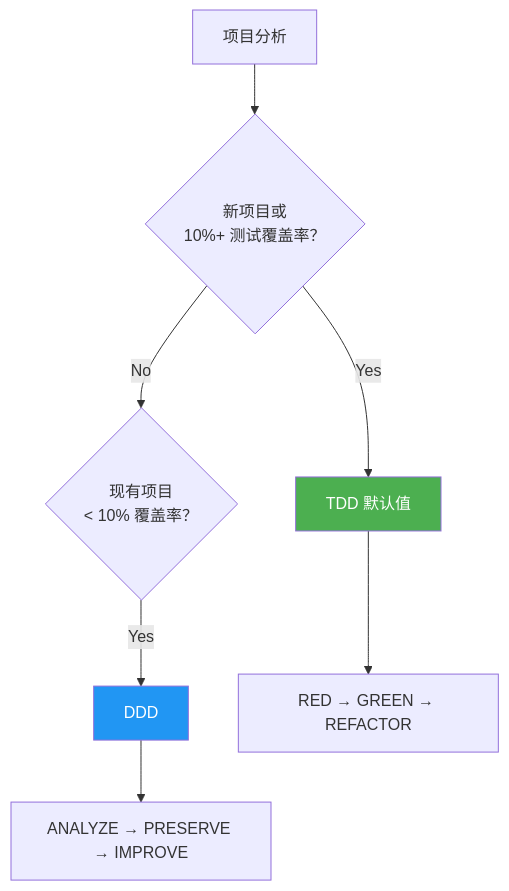
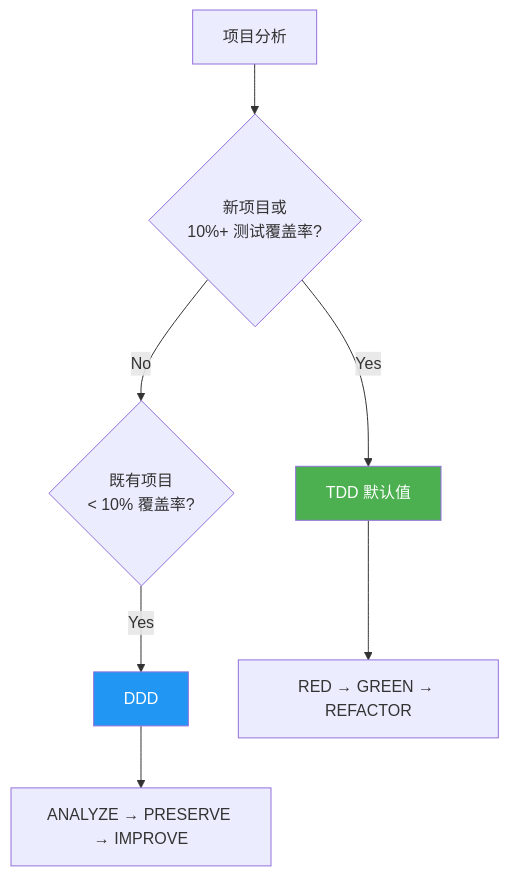
The first of 2 diagrams in docs-site/content/zh/getting-started/introduction.md (modu-ai/moai-adk), drawn with Mermaid before and after one commit. The commit also changed other lines of this file and 180 other files, not shown here.

````diff
--- a/docs-site/content/zh/getting-started/introduction.md
+++ b/docs-site/content/zh/getting-started/introduction.md
@@ -100,12 +100,12 @@
 ```mermaid
 flowchart TD
-    A["项目分析"] --> B{"新项目或<br/>10%+ 测试覆盖率？"}
+    A["项目分析"] --> B{"新项目或<br/>10%+ 测试覆盖率?"}
     B -->|"Yes"| C["TDD 默认值"]
-    B -->|"No"| D{"现有项目<br/>< 10% 覆盖率？"}
+    B -->|"No"| D{"既有项目<br/>< 10% 覆盖率?"}
     D -->|"Yes"| E["DDD"]
     C --> F["RED → GREEN → REFACTOR"]
     E --> G["ANALYZE → PRESERVE → IMPROVE"]
 
     style C fill:#4CAF50,color:#fff
     style E fill:#2196F3,color:#fff
 ```
````
